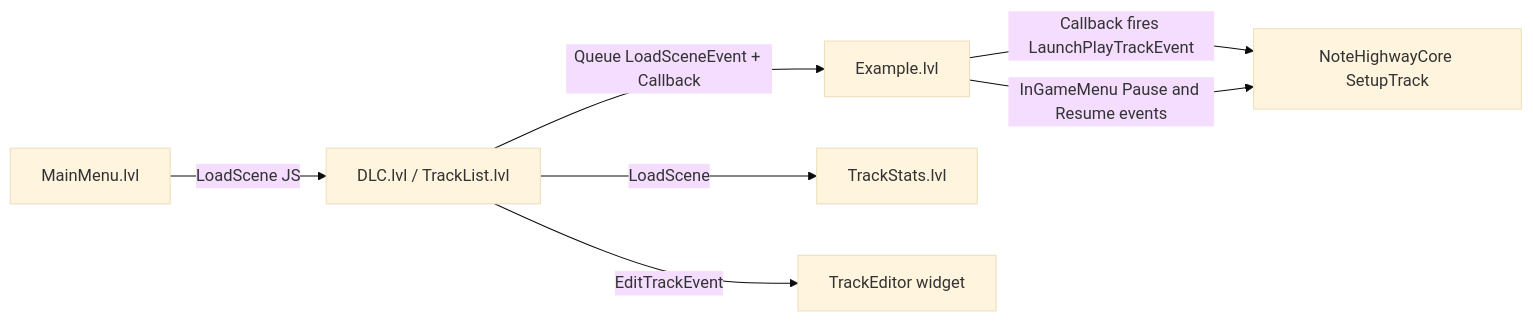
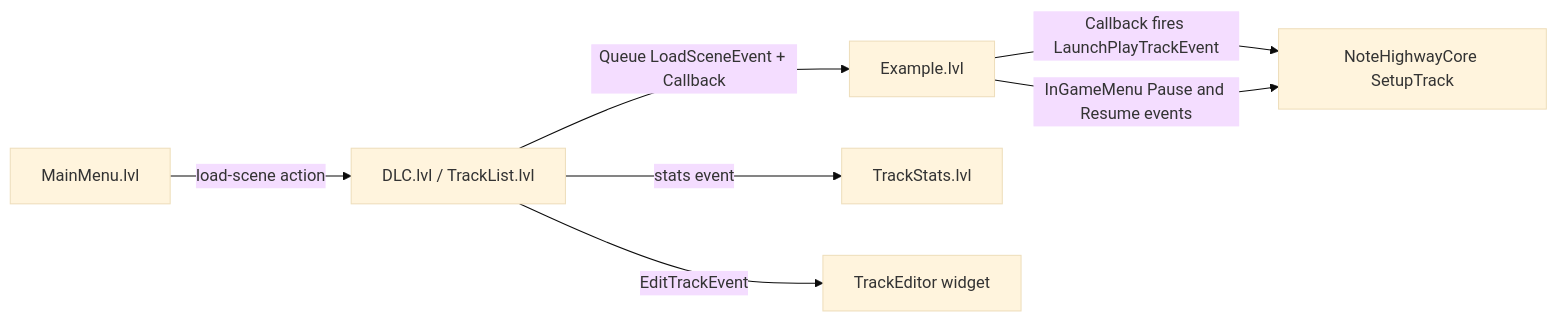
The diagram in Docs/Game-Architecture.md (wobbier/Drumsmith), drawn with Mermaid (base theme) before and after one commit. The commit also changed other lines of this file and 52 other files, not shown here.

````diff
--- a/Docs/Game-Architecture.md
+++ b/Docs/Game-Architecture.md
@@ -53,9 +53,9 @@
 ```mermaid
 flowchart LR
-    MM[MainMenu.lvl] -->|LoadScene JS| DLC[DLC.lvl / TrackList.lvl]
+    MM[MainMenu.lvl] -->|load-scene action| DLC[DLC.lvl / TrackList.lvl]
     DLC -->|Queue LoadSceneEvent + Callback| GP[Example.lvl]
     GP -->|Callback fires LaunchPlayTrackEvent| NHC[NoteHighwayCore SetupTrack]
-    DLC -->|LoadScene| TS[TrackStats.lvl]
+    DLC -->|stats event| TS[TrackStats.lvl]
     GP -->|InGameMenu Pause and Resume events| NHC
     DLC -->|EditTrackEvent| TE[TrackEditor widget]
 ```
````
